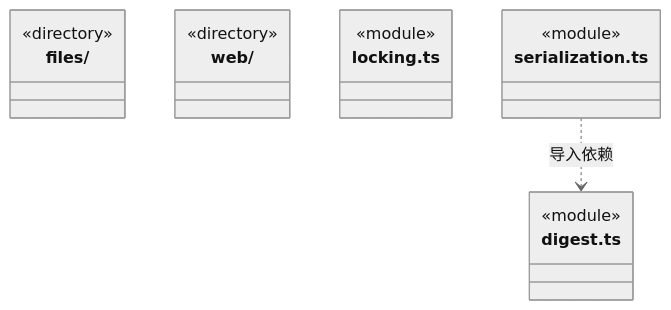
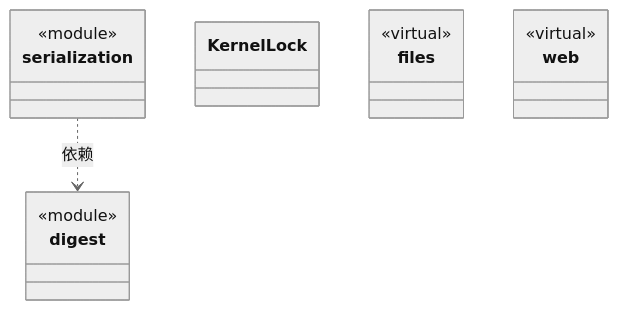
One commit to nan023062/cbim changed the diagram in src/core/platform/node/ARCHITECTURE.md. Above: the diagram before and after it, drawn with Mermaid (neutral theme). The commit also changed other lines of this file and 158 other files, not shown here.

Commit message:
docs: model architecture through nested virtual encapsulations

````diff
--- a/src/core/platform/node/ARCHITECTURE.md
+++ b/src/core/platform/node/ARCHITECTURE.md
@@ -67,19 +23,22 @@
 ```mermaid
 classDiagram
-class N_src_core_platform_node_files["files/"] {
-  <<directory>>
-}
-class N_src_core_platform_node_web["web/"] {
-  <<directory>>
-}
-class N_src_core_platform_node_digest_ts["digest.ts"] {
+class N_57402797a3fd["digest"] {
   <<module>>
 }
-class N_src_core_platform_node_locking_ts["locking.ts"] {
+click N_57402797a3fd href "digest.ts"
+class N_ec41d50afd8a["serialization"] {
   <<module>>
 }
-class N_src_core_platform_node_serialization_ts["serialization.ts"] {
-  <<module>>
+click N_ec41d50afd8a href "serialization.ts"
+class N_1ead90cd79e4["KernelLock"]
+click N_1ead90cd79e4 href "locking.ts"
+class N_9348df97a2bf["files"] {
+  <<virtual>>
 }
-N_src_core_platform_node_serialization_ts ..> N_src_core_platform_node_digest_ts : 导入依赖
+click N_9348df97a2bf href "files/ARCHITECTURE.md"
+class N_2499031c28a6["web"] {
+  <<virtual>>
+}
+click N_2499031c28a6 href "web/ARCHITECTURE.md"
+N_ec41d50afd8a ..> N_57402797a3fd : 依赖
 ```
````
